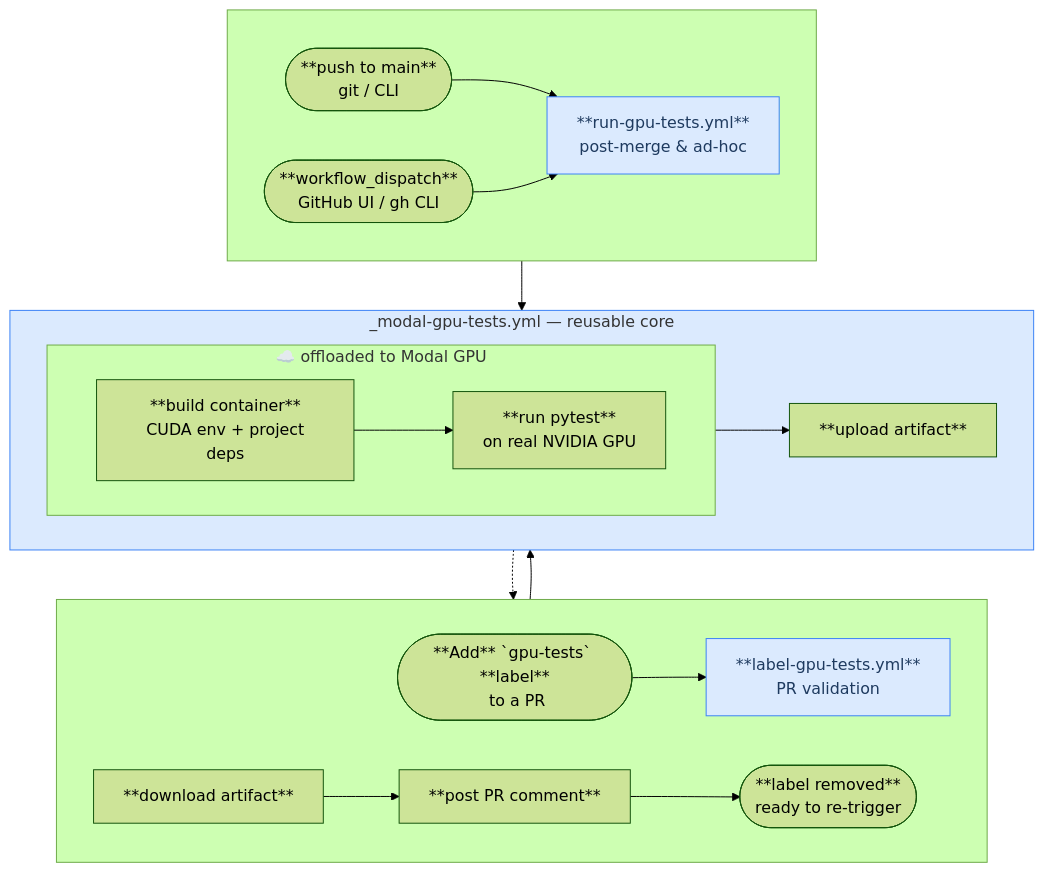
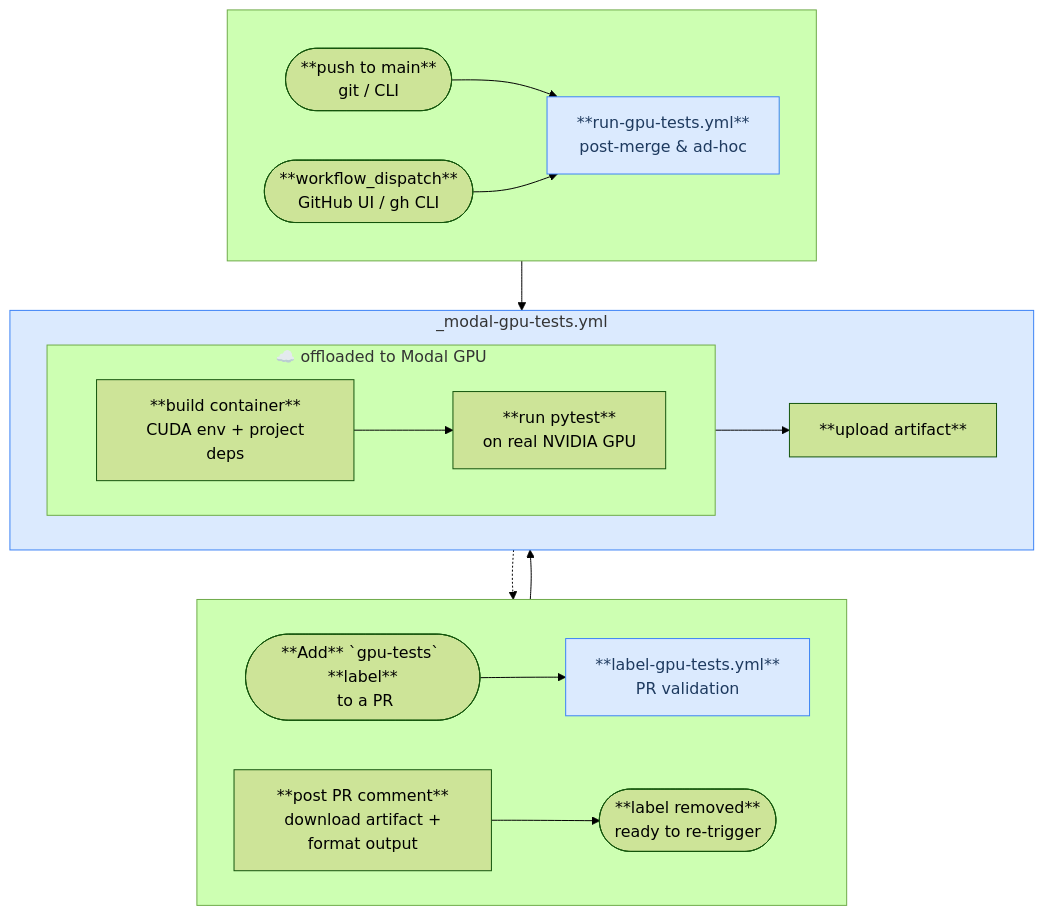
The diagram in README.md (Borda/affordable-GPU-CI), drawn with Mermaid (forest theme) before and after one commit. The commit also changed 1 other file, not shown here.

Commit message:
Refine workflow and README with updated GPU test step naming and diagram adjustments

````diff
--- a/README.md
+++ b/README.md
@@ -21,27 +21,27 @@
 ```mermaid
 flowchart TB
     subgraph left [" "]
         direction LR
         A(["**Add** `gpu-tests` **label**<br/> to a PR"]) --> B["**label-gpu-tests.yml**<br/> PR validation"]
-        K["**download artifact**"] --> L["**post PR comment**"] --> J(["**label removed**<br/> ready to re-trigger"])
+        K["**post PR comment**<br/> download artifact + format output"] --> J(["**label removed**<br/> ready to re-trigger"])
     end
-    subgraph mid ["_modal-gpu-tests.yml — reusable core"]
+    subgraph mid ["_modal-gpu-tests.yml"]
         direction LR
         subgraph modal ["☁️ offloaded to Modal GPU"]
             direction LR
             G["**build container**<br/> CUDA env + project deps"] --> H["**run pytest**<br/> on real NVIDIA GPU"]
         end
         H --> I["**upload artifact**"]
     end
     subgraph right [" "]
         direction LR
         C(["**push to main**<br/> git / CLI"]) --> D["**run-gpu-tests.yml**<br/> post-merge & ad-hoc"]
         E(["**workflow_dispatch**<br/> GitHub UI / gh CLI"]) --> D
     end
     B --> mid
     D --> mid
     I -.-> K
     classDef yamlFile fill:#dbeafe,stroke:#3b82f6,color:#1e3a5f
     class B,D yamlFile
     style mid fill:#dbeafe,stroke:#3b82f6
 ```
````
